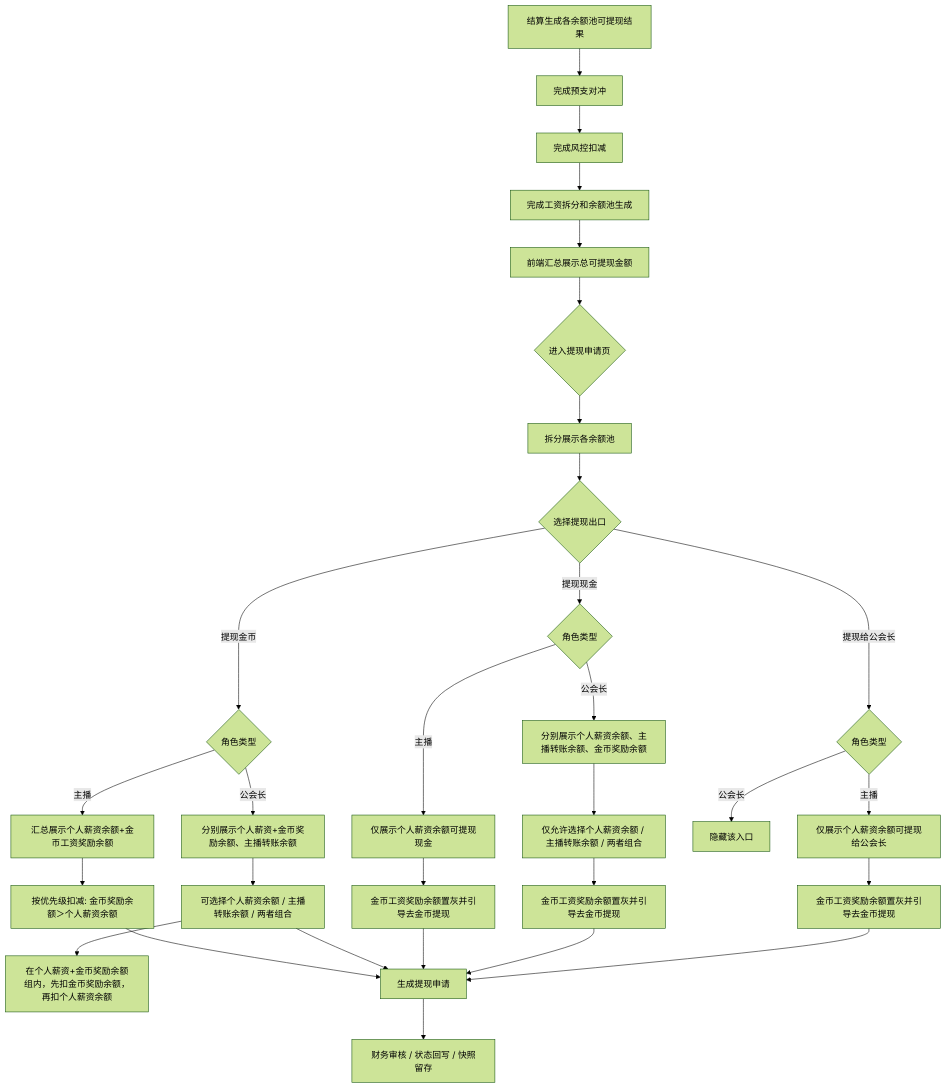
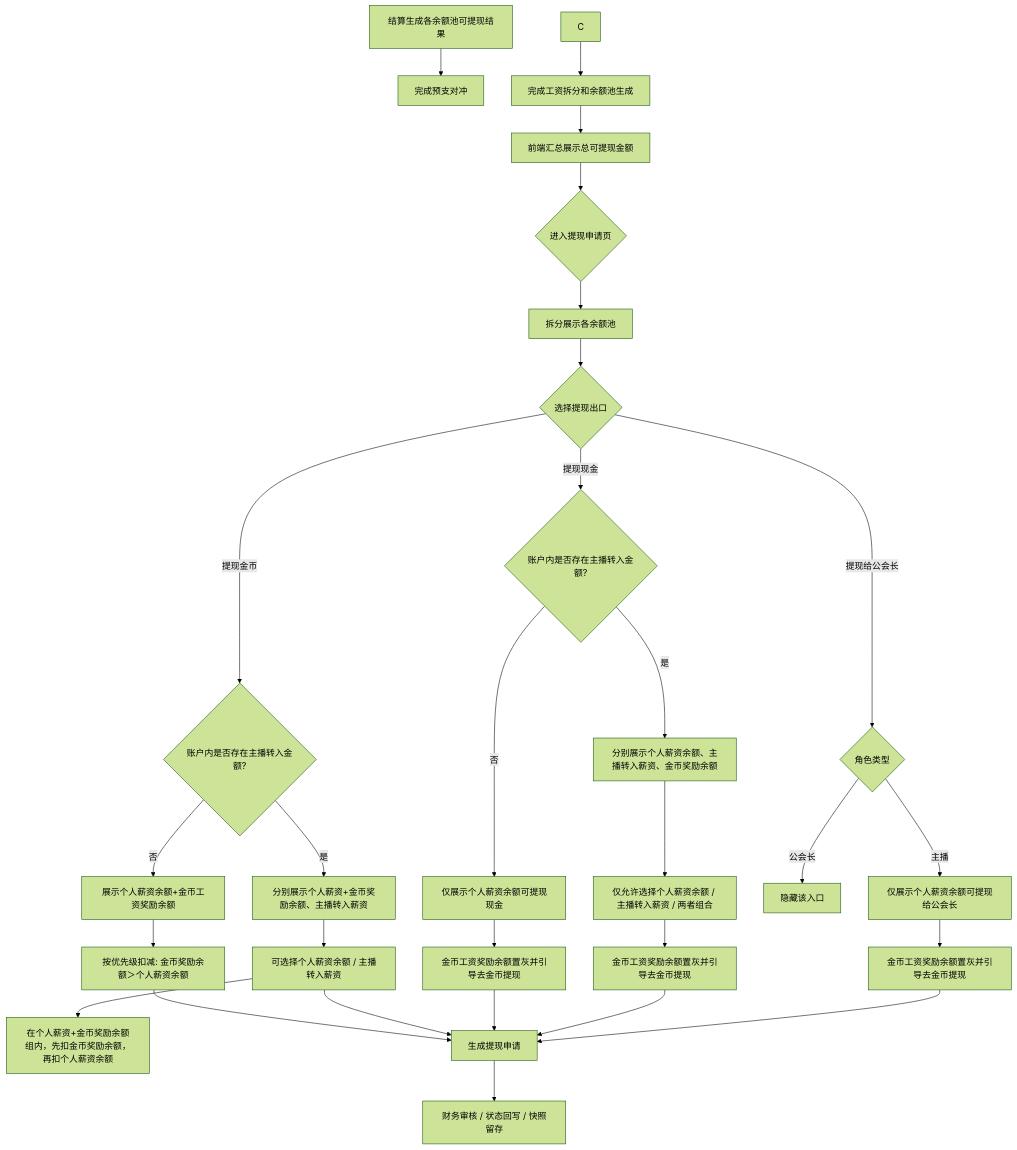
Before and after one commit to kocekid/TALO-Guild-Policy-Requirements: the fourth of 13 diagrams in TALO公会政策_客户端后台需求文档PRD.md, drawn with Mermaid (forest theme). The commit also changed other lines of this file and 18 other files, not shown here.

Commit message:
更新TALO公会政策PRD与原型图

````diff
--- a/TALO公会政策_客户端后台需求文档PRD.md
+++ b/TALO公会政策_客户端后台需求文档PRD.md
@@ -151,36 +142,35 @@
 ```mermaid
 flowchart TD
     A[结算生成各余额池可提现结果] --> B[完成预支对冲]
-    B --> C[完成风控扣减]
     C --> D[完成工资拆分和余额池生成]
     D --> E[前端汇总展示总可提现金额]
     E --> F{进入提现申请页}
     F --> G[拆分展示各余额池]
     G --> H{选择提现出口}
 
-    H -->|提现金币| I{角色类型}
-    I -->|主播| J[汇总展示个人薪资余额+金币工资奖励余额]
+    H -->|提现金币| I{账户内是否存在主播转入金额?}
+    I -->|否| J[展示个人薪资余额+金币工资奖励余额]
     J --> K[按优先级扣减: 金币奖励余额＞个人薪资余额]
-    I -->|公会长| L[分别展示个人薪资+金币奖励余额、主播转账余额]
-    L --> M[可选择个人薪资余额 / 主播转账余额 / 两者组合]
+    I -->|是| L[分别展示个人薪资+金币奖励余额、主播转入薪资]
+    L --> M[可选择个人薪资余额 / 主播转入薪资]
     M --> M1[在个人薪资+金币奖励余额组内，先扣金币奖励余额，再扣个人薪资余额]
 
-    H -->|提现现金| N{角色类型}
-    N -->|主播| O[仅展示个人薪资余额可提现现金]
+    H -->|提现现金| N{账户内是否存在主播转入金额?}
+    N -->|否| O[仅展示个人薪资余额可提现现金]
     O --> P[金币工资奖励余额置灰并引导去金币提现]
-    N -->|公会长| Q[分别展示个人薪资余额、主播转账余额、金币奖励余额]
-    Q --> R[仅允许选择个人薪资余额 / 主播转账余额 / 两者组合]
+    N -->|是| Q[分别展示个人薪资余额、主播转入薪资、金币奖励余额]
+    Q --> R[仅允许选择个人薪资余额 / 主播转入薪资 / 两者组合]
     R --> S[金币工资奖励余额置灰并引导去金币提现]
 
     H -->|提现给公会长| T{角色类型}
     T -->|公会长| U[隐藏该入口]
     T -->|主播| V[仅展示个人薪资余额可提现给公会长]
     V --> W[金币工资奖励余额置灰并引导去金币提现]
 
     K --> X[生成提现申请]
     M --> X
     P --> X
     S --> X
     W --> X
     X --> Y[财务审核 / 状态回写 / 快照留存]
 ```
````
